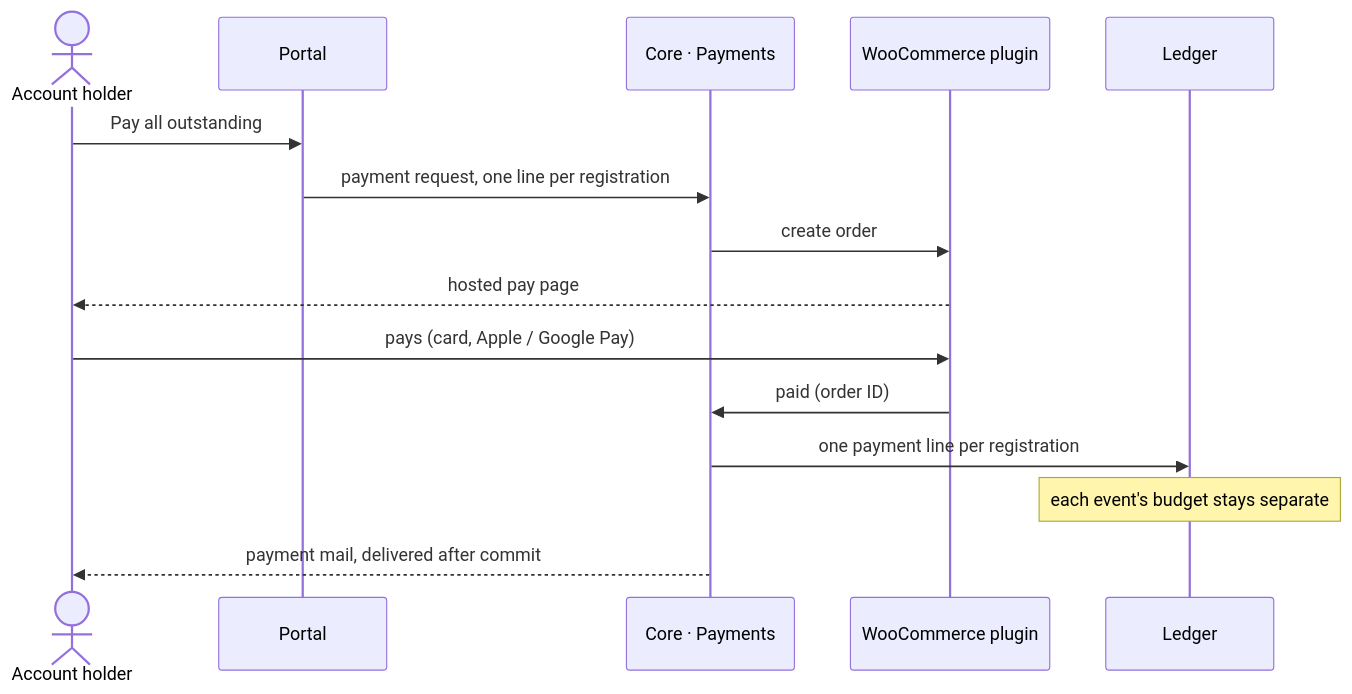
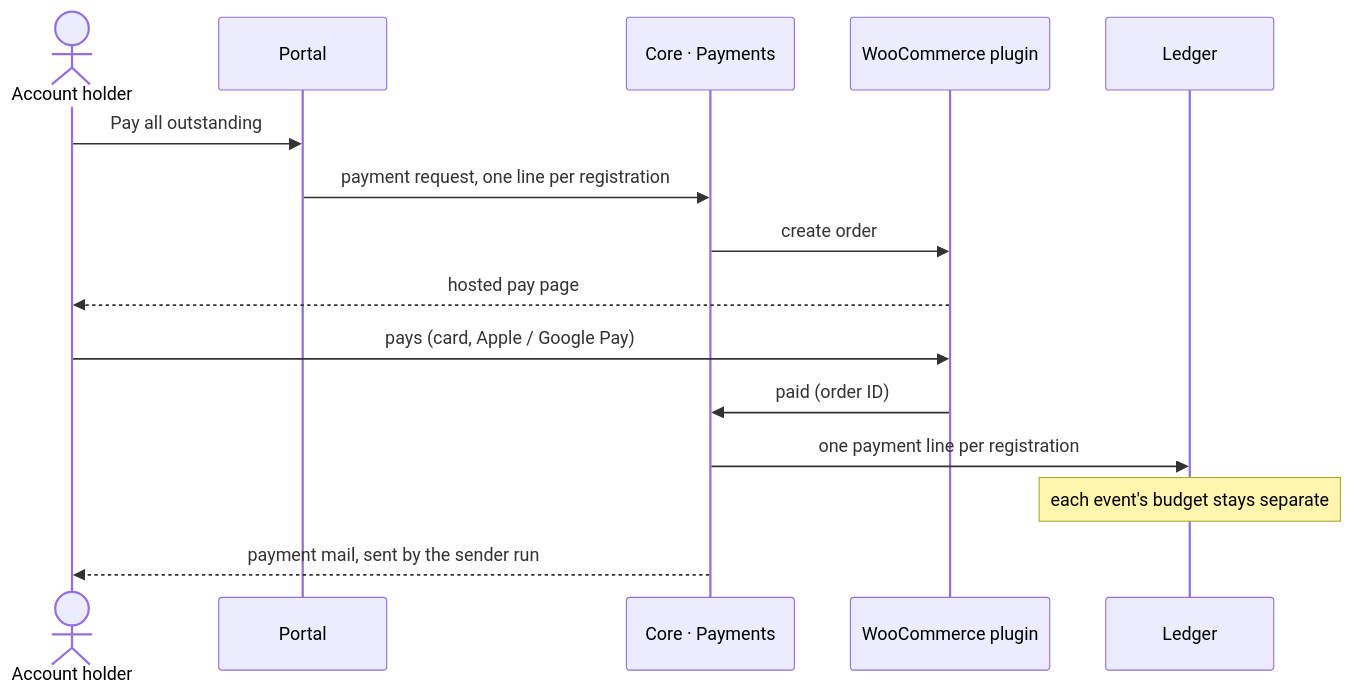
Before and after one commit to reformatus/kalaka: the sixth of 7 diagrams in docs/architecture.md, drawn with Mermaid. The commit also changed other lines of this file and 1 other file, not shown here.

Commit message:
Decision log: no web request sends mail, 5-minute periodic run (D-078)

````diff
--- a/docs/architecture.md
+++ b/docs/architecture.md
@@ -412,17 +412,17 @@
 ```mermaid
 sequenceDiagram
   actor H as Account holder
   participant P as Portal
   participant C as Core · Payments
   participant W as WooCommerce plugin
   participant L as Ledger
   H->>P: Pay all outstanding
   P->>C: payment request, one line per registration
   C->>W: create order
   W-->>H: hosted pay page
   H->>W: pays (card, Apple / Google Pay)
   W->>C: paid (order ID)
   C->>L: one payment line per registration
   Note over L: each event's budget stays separate
-  C-->>H: payment mail, delivered after commit
+  C-->>H: payment mail, sent by the sender run
 ```
````
